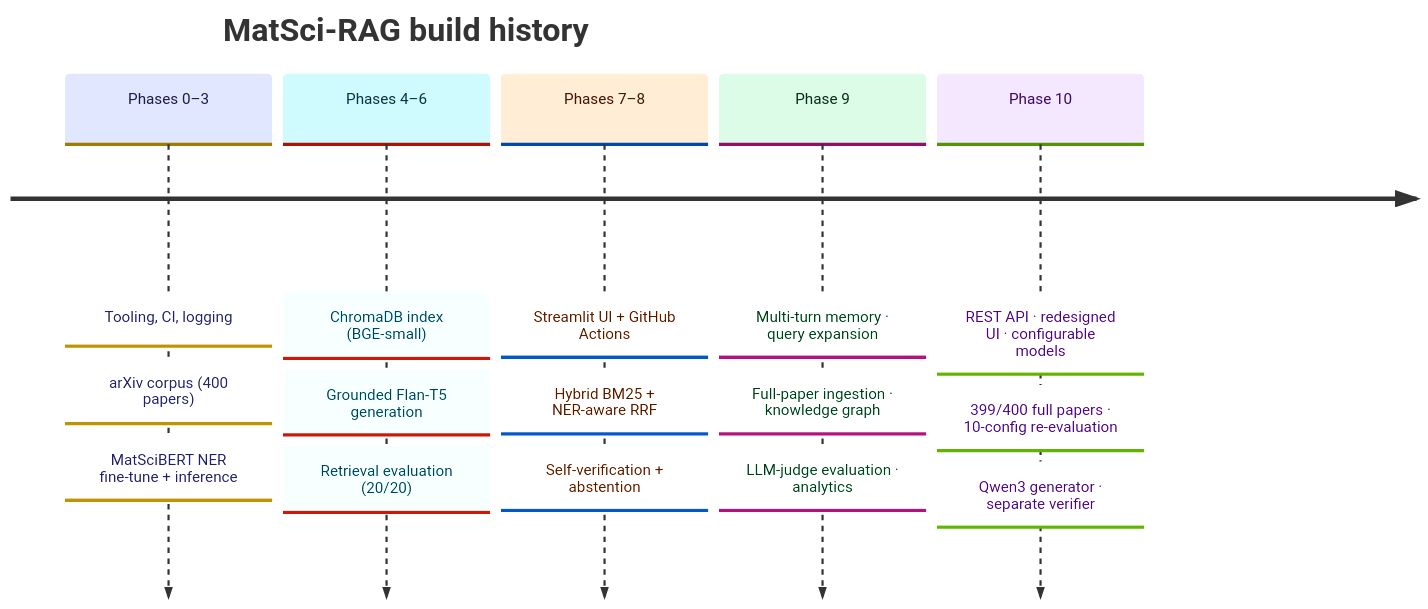
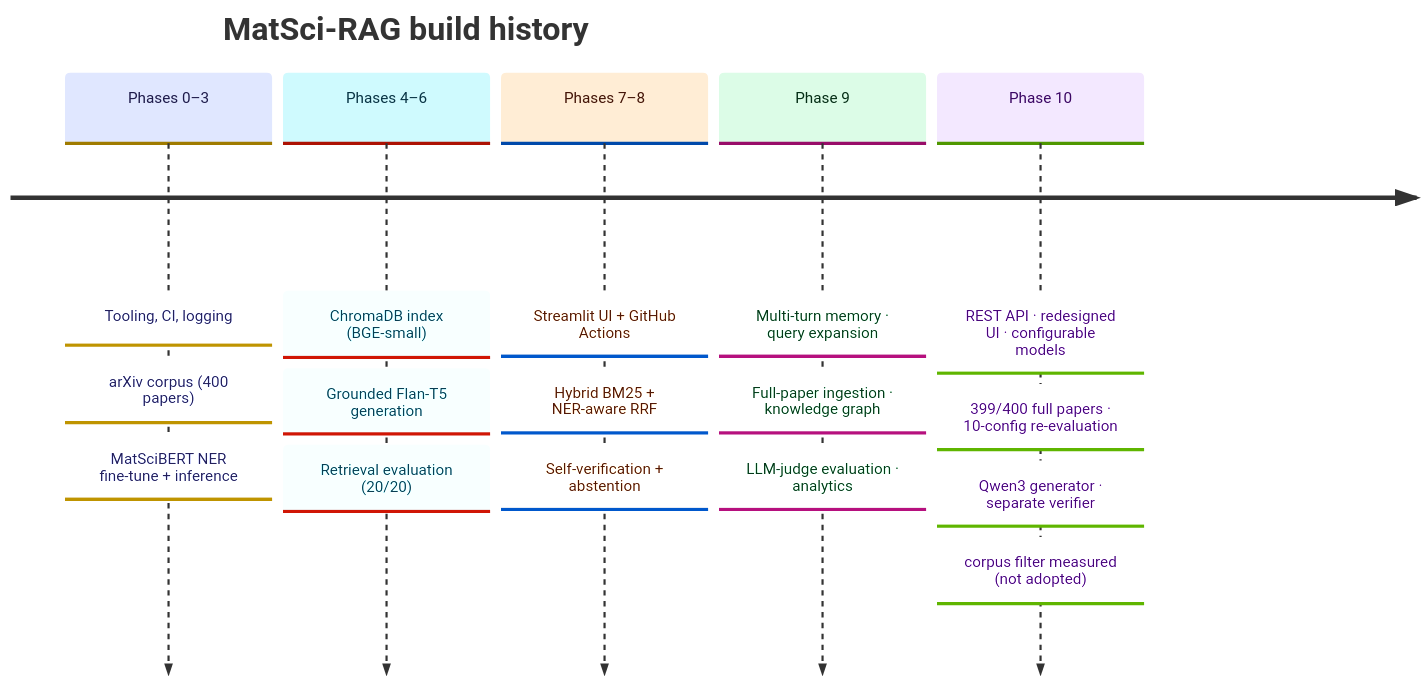
One commit to Mahakisore7/MatSci-RAG changed the sixth of 6 diagrams in README.md. Above: the diagram before and after it, drawn with Mermaid. The commit also changed other lines of this file and 11 other files, not shown here.

First line of the commit message:
feat(rag): add fuel-cell corpus filter; measured, not adopted as default

````diff
--- a/README.md
+++ b/README.md
@@ -474,20 +476,21 @@
 ```mermaid
 %%{init: {"theme": "base", "themeVariables": {"fontSize": "14px", "cScale0": "#e0e7ff", "cScaleLabel0": "#1e1b4b", "cScale1": "#cffafe", "cScaleLabel1": "#083344", "cScale2": "#ffedd5", "cScaleLabel2": "#431407", "cScale3": "#dcfce7", "cScaleLabel3": "#052e16", "cScale4": "#f3e8ff", "cScaleLabel4": "#3b0764"}}}%%
 timeline
     title MatSci-RAG build history
     Phases 0–3 : Tooling, CI, logging
                : arXiv corpus (400 papers)
                : MatSciBERT NER fine-tune + inference
     Phases 4–6 : ChromaDB index (BGE-small)
                : Grounded Flan-T5 generation
                : Retrieval evaluation (20/20)
     Phases 7–8 : Streamlit UI + GitHub Actions
                : Hybrid BM25 + NER-aware RRF
                : Self-verification + abstention
     Phase 9    : Multi-turn memory · query expansion
                : Full-paper ingestion · knowledge graph
                : LLM-judge evaluation · analytics
     Phase 10   : REST API · redesigned UI · configurable models
                : 399/400 full papers · 10-config re-evaluation
                : Qwen3 generator · separate verifier
+               : corpus filter measured (not adopted)
 ```
````
